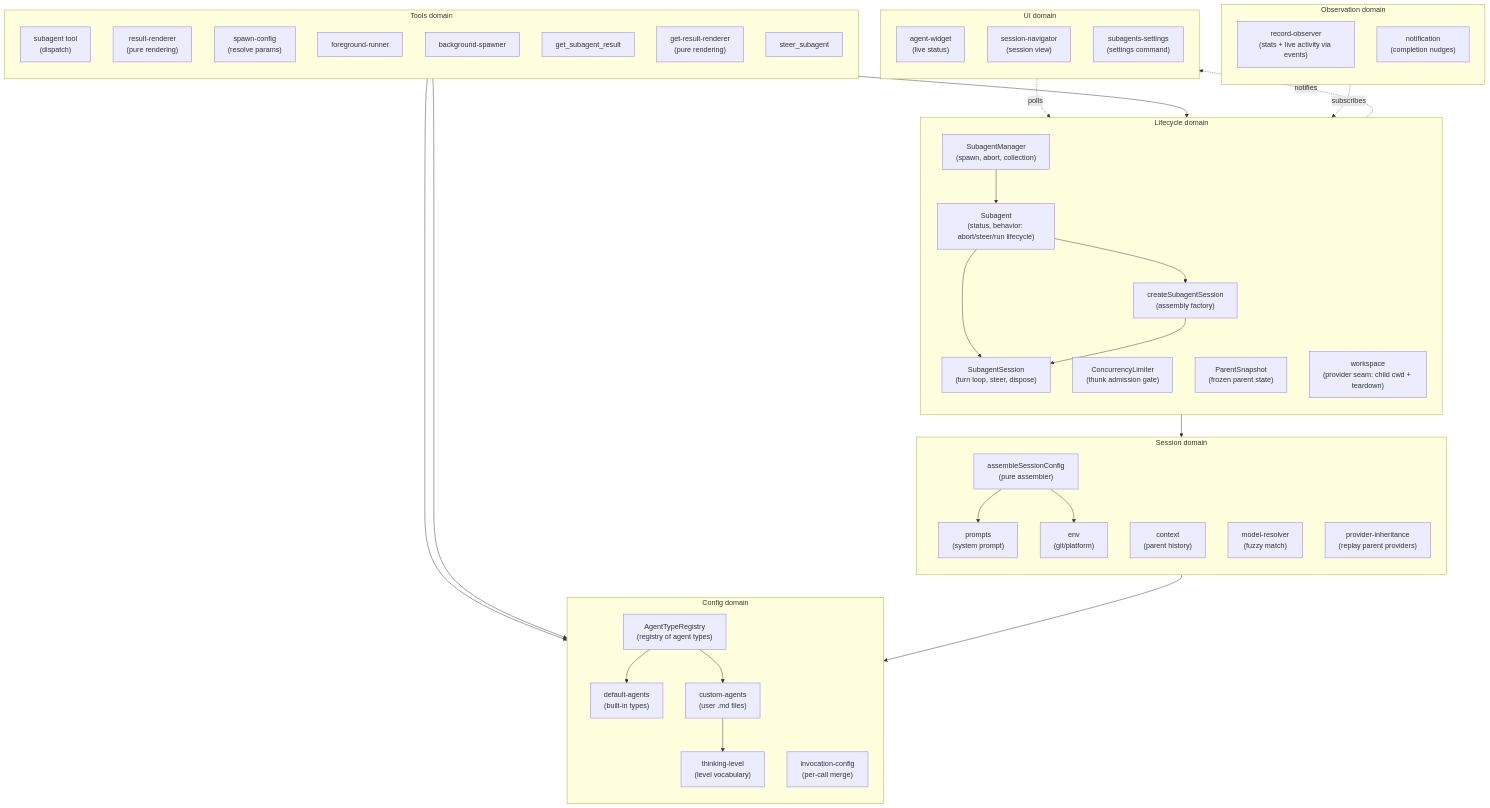
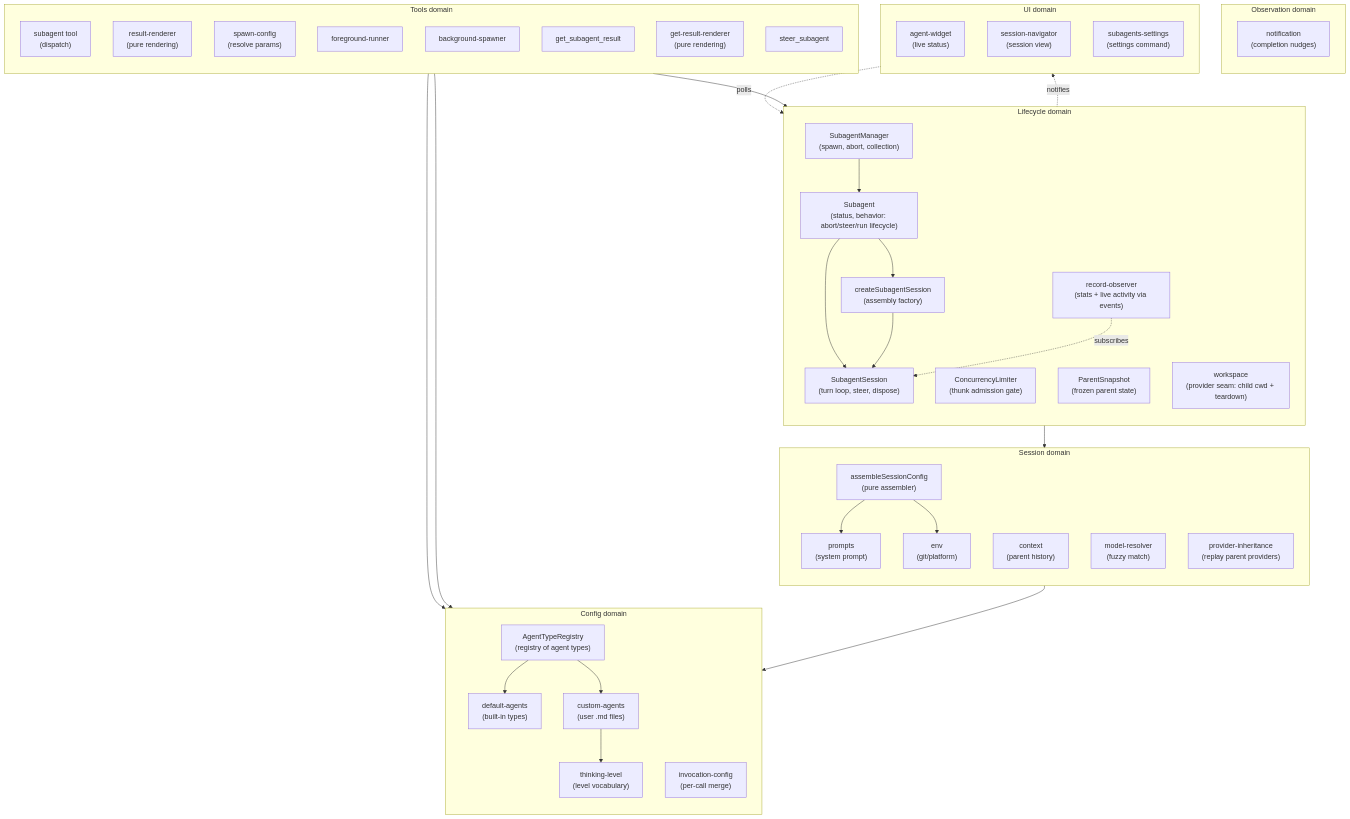
One commit to gotgenes/pi-packages changed the first of 6 diagrams in packages/pi-subagents/docs/architecture/architecture.md. Above: the diagram before and after it, drawn with Mermaid. The commit also changed other lines of this file and 1 other file, not shown here.

````diff
--- a/packages/pi-subagents/docs/architecture/architecture.md
+++ b/packages/pi-subagents/docs/architecture/architecture.md
@@ -67,71 +67,71 @@
 ```mermaid
 flowchart TB
     subgraph config["Config domain"]
         direction TB
         AgentTypeRegistry["AgentTypeRegistry<br/>(registry of agent types)"]
         DefaultAgents["default-agents<br/>(built-in types)"]
         CustomAgents["custom-agents<br/>(user .md files)"]
         InvocationConfig["invocation-config<br/>(per-call merge)"]
         ThinkingLevelModule["thinking-level<br/>(level vocabulary)"]
     end
 
     subgraph session["Session domain"]
         direction TB
         SessionConfig["assembleSessionConfig<br/>(pure assembler)"]
         Prompts["prompts<br/>(system prompt)"]
         Context["context<br/>(parent history)"]
         Env["env<br/>(git/platform)"]
         ModelResolver["model-resolver<br/>(fuzzy match)"]
         ProviderInheritance["provider-inheritance<br/>(replay parent providers)"]
     end
 
     subgraph lifecycle["Lifecycle domain"]
         direction TB
         SubagentManager["SubagentManager<br/>(spawn, abort, collection)"]
         ConcurrencyLimiter["ConcurrencyLimiter<br/>(thunk admission gate)"]
         CreateSubagentSession["createSubagentSession<br/>(assembly factory)"]
         SubagentSession["SubagentSession<br/>(turn loop, steer, dispose)"]
         Subagent["Subagent<br/>(status, behavior: abort/steer/run lifecycle)"]
         ParentSnapshot["ParentSnapshot<br/>(frozen parent state)"]
         Workspace["workspace<br/>(provider seam: child cwd + teardown)"]
+        RecordObserver["record-observer<br/>(stats + live activity via events)"]
     end
 
     subgraph observation["Observation domain"]
         direction TB
-        RecordObserver["record-observer<br/>(stats + live activity via events)"]
         Notification["notification<br/>(completion nudges)"]
     end
 
     subgraph tools["Tools domain"]
         direction TB
         AgentTool["subagent tool<br/>(dispatch)"]
         ResultRenderer["result-renderer<br/>(pure rendering)"]
         SpawnConfig["spawn-config<br/>(resolve params)"]
         FgRunner["foreground-runner"]
         BgSpawner["background-spawner"]
         GetResult["get_subagent_result"]
         GetResultRenderer["get-result-renderer<br/>(pure rendering)"]
         Steer["steer_subagent"]
     end
 
     subgraph ui["UI domain"]
         direction TB
         Widget["agent-widget<br/>(live status)"]
         Sessions["session-navigator<br/>(session view)"]
         Settings["subagents-settings<br/>(settings command)"]
     end
 
     AgentTool --> SubagentManager
     SubagentManager --> Subagent
     Subagent --> CreateSubagentSession & SubagentSession
     CreateSubagentSession --> SubagentSession
     CreateSubagentSession --> SessionConfig
     SessionConfig --> AgentTypeRegistry
     SessionConfig --> Prompts & Env
     AgentTypeRegistry --> DefaultAgents & CustomAgents
     SpawnConfig --> InvocationConfig & ThinkingLevelModule
     CustomAgents --> ThinkingLevelModule
     RecordObserver -.->|subscribes| SubagentSession
     Widget -.->|polls| SubagentManager
     SubagentManager -.->|notifies| Widget
 ```
````
